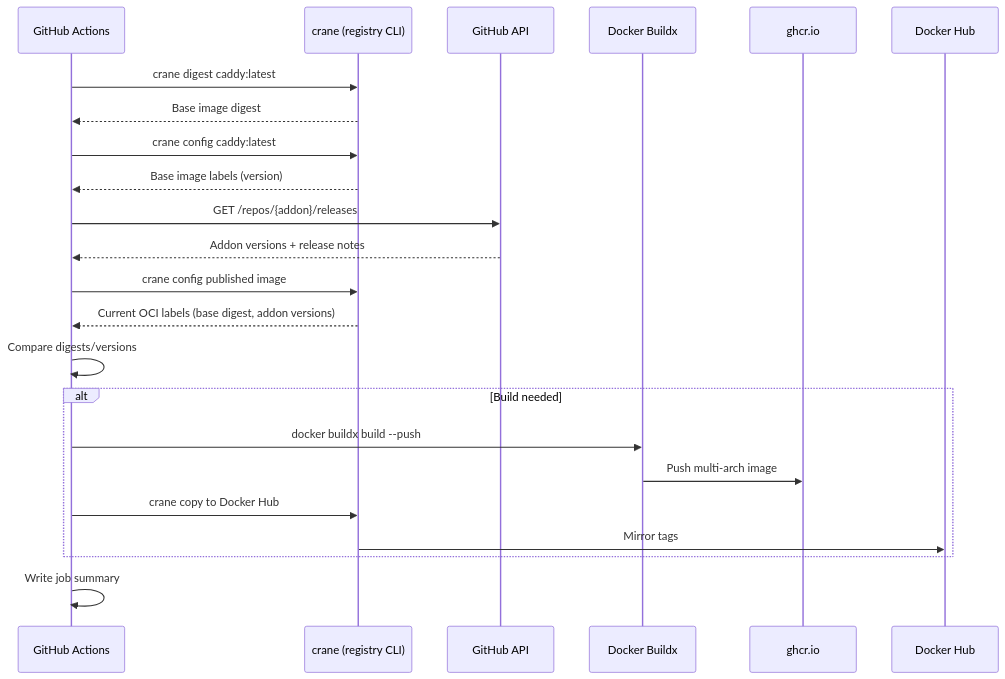
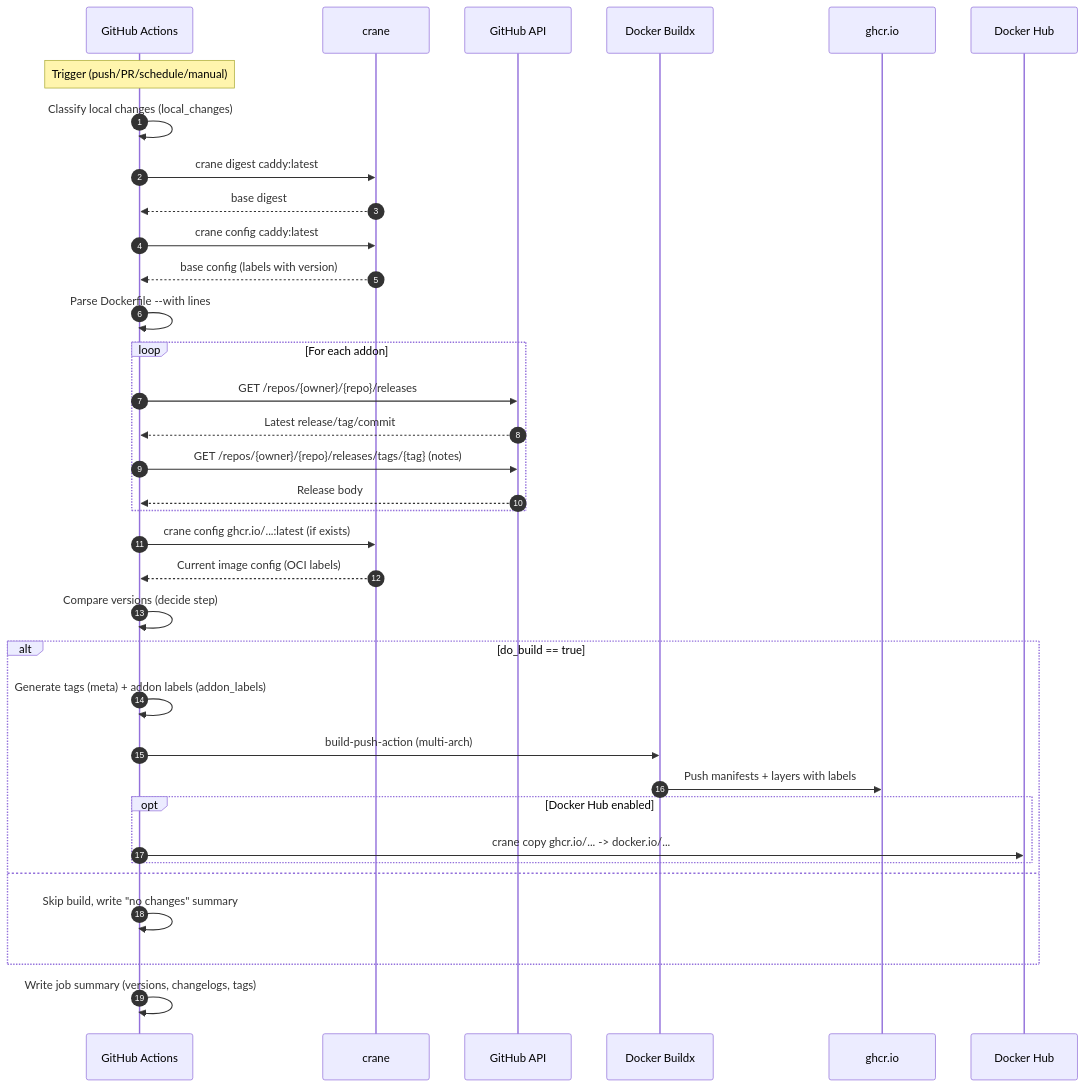
Before and after one commit to smoochy/caddy-modules: the second of 2 diagrams in openwiki/architecture/overview.md, drawn with Mermaid. The commit also changed other lines of this file and 29 other files, not shown here.

````diff
--- a/openwiki/architecture/overview.md
+++ b/openwiki/architecture/overview.md
@@ -92,26 +164,38 @@
 ```mermaid
 sequenceDiagram
+    autonumber
     participant GH as GitHub Actions
-    participant CR as crane (registry CLI)
+    participant CR as crane
     participant GHAPI as GitHub API
     participant DX as Docker Buildx
     participant GHCR as ghcr.io
     participant DH as Docker Hub
 
-GH->>CR: crane digest caddy:latest
-CR-->>GH: Base image digest
-GH->>CR: crane config caddy:latest
-CR-->>GH: Base image labels (version)
-GH->>GHAPI: GET /repos/{addon}/releases
-GHAPI-->>GH: Addon versions + release notes
-GH->>CR: crane config published image
-CR-->>GH: Current OCI labels (base digest, addon versions)
-GH->>GH: Compare digests/versions
-alt Build needed
-    GH->>DX: docker buildx build --push
-    DX->>GHCR: Push multi-arch image
-    GH->>CR: crane copy to Docker Hub
-    CR->>DH: Mirror tags
-end
-GH->>GH: Write job summary
+    Note over GH: Trigger (push/PR/schedule/manual)
+    GH->>GH: Classify local changes (local_changes)
+    GH->>CR: crane digest caddy:latest
+    CR-->>GH: base digest
+    GH->>CR: crane config caddy:latest
+    CR-->>GH: base config (labels with version)
+    GH->>GH: Parse Dockerfile --with lines
+    loop For each addon
+        GH->>GHAPI: GET /repos/{owner}/{repo}/releases
+        GHAPI-->>GH: Latest release/tag/commit
+        GH->>GHAPI: GET /repos/{owner}/{repo}/releases/tags/{tag} (notes)
+        GHAPI-->>GH: Release body
+    end
+    GH->>CR: crane config ghcr.io/...:latest (if exists)
+    CR-->>GH: Current image config (OCI labels)
+    GH->>GH: Compare versions (decide step)
+    alt do_build == true
+        GH->>GH: Generate tags (meta) + addon labels (addon_labels)
+        GH->>DX: build-push-action (multi-arch)
+        DX->>GHCR: Push manifests + layers with labels
+        opt Docker Hub enabled
+            GH->>DH: crane copy ghcr.io/... -> docker.io/...
+        end
+    else
+        GH->>GH: Skip build, write "no changes" summary
+    end
+    GH->>GH: Write job summary (versions, changelogs, tags)
 ```
````
